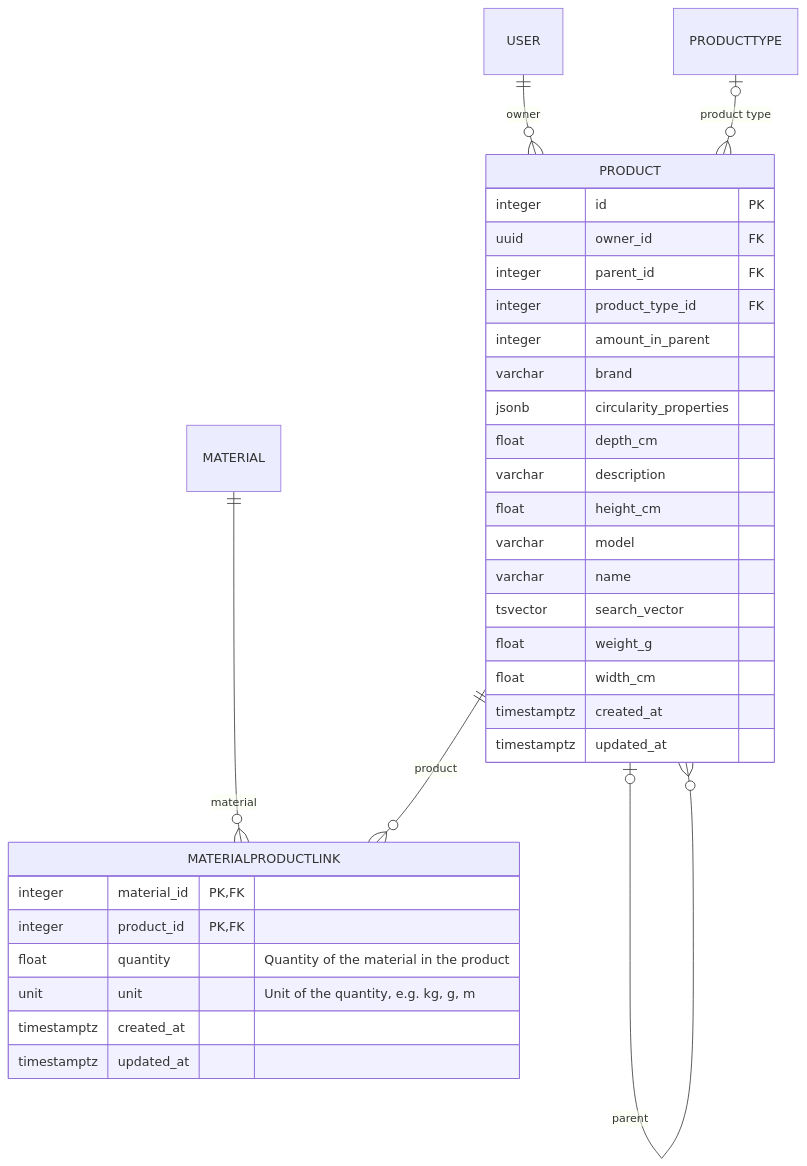
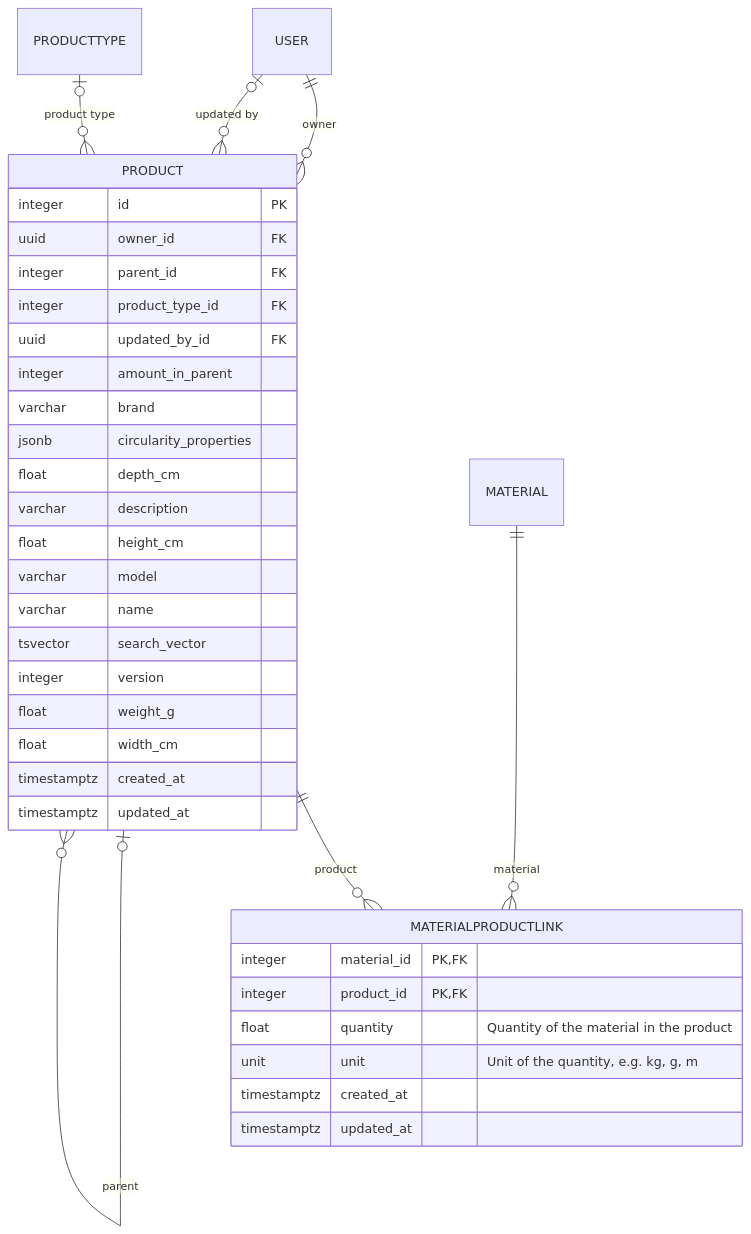
The diagram in docs/src/components/datamodel/data-collection.generated.mdx (CMLPlatform/relab), drawn with Mermaid before and after one commit. The commit also changed 19 other files, not shown here.

````diff
--- a/docs/src/components/datamodel/data-collection.generated.mdx
+++ b/docs/src/components/datamodel/data-collection.generated.mdx
@@ -3,40 +3,43 @@
 ```mermaid
 erDiagram
     accTitle: Data collection entities
-    accDescr: The data collection tables are MATERIALPRODUCTLINK, PRODUCT. Each MATERIALPRODUCTLINK row names exactly one MATERIAL as its material. Each MATERIALPRODUCTLINK row names exactly one PRODUCT as its product. Each PRODUCT row names exactly one USER as its owner. Each PRODUCT row names zero or one PRODUCT as its parent. Each PRODUCT row names zero or one PRODUCTTYPE as its product type.
+    accDescr: The data collection tables are MATERIALPRODUCTLINK, PRODUCT. Each MATERIALPRODUCTLINK row names exactly one MATERIAL as its material. Each MATERIALPRODUCTLINK row names exactly one PRODUCT as its product. Each PRODUCT row names exactly one USER as its owner. Each PRODUCT row names zero or one PRODUCT as its parent. Each PRODUCT row names zero or one PRODUCTTYPE as its product type. Each PRODUCT row names zero or one USER as its updated by.
 
     MATERIALPRODUCTLINK {
         integer material_id PK, FK
         integer product_id PK, FK
         float quantity "Quantity of the material in the product"
         unit unit "Unit of the quantity, e.g. kg, g, m"
         timestamptz created_at
         timestamptz updated_at
     }
 
     PRODUCT {
         integer id PK
         uuid owner_id FK
         integer parent_id FK
         integer product_type_id FK
+        uuid updated_by_id FK
         integer amount_in_parent
         varchar brand
         jsonb circularity_properties
         float depth_cm
         varchar description
         float height_cm
         varchar model
         varchar name
         tsvector search_vector
+        integer version
         float weight_g
         float width_cm
         timestamptz created_at
         timestamptz updated_at
     }
 
     MATERIAL ||--o{ MATERIALPRODUCTLINK : "material"
     PRODUCT ||--o{ MATERIALPRODUCTLINK : "product"
     USER ||--o{ PRODUCT : "owner"
     PRODUCT |o--o{ PRODUCT : "parent"
     PRODUCTTYPE |o--o{ PRODUCT : "product type"
+    USER |o--o{ PRODUCT : "updated by"
 ```
````
